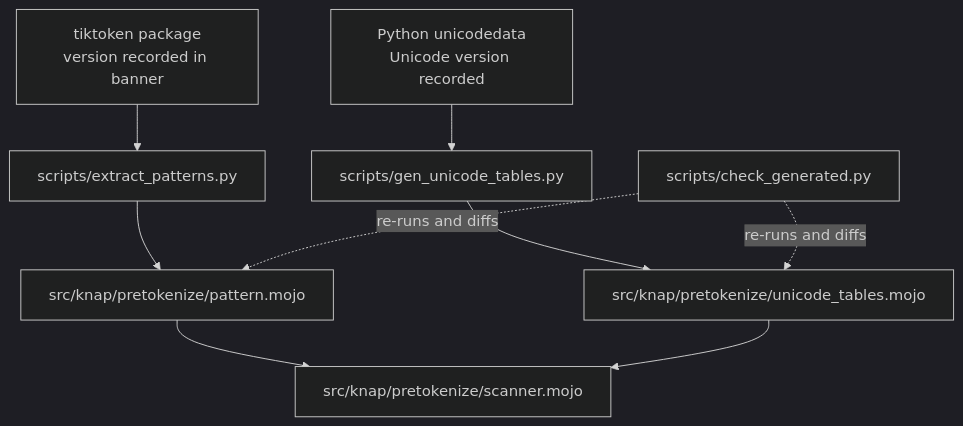
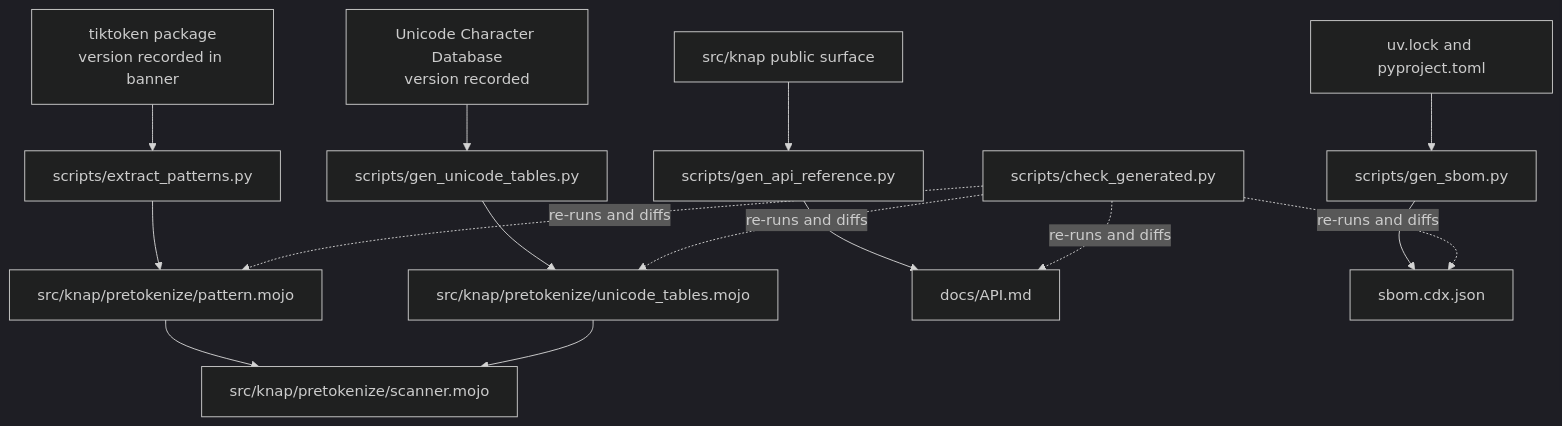
The third of 3 diagrams in docs/ARCHITECTURE.md (olaflaitinen/knap), drawn with Mermaid (dark theme) before and after one commit. The commit also changed other lines of this file and 22 other files, not shown here.

````diff
--- a/docs/ARCHITECTURE.md
+++ b/docs/ARCHITECTURE.md
@@ -487,11 +494,17 @@
 ```mermaid
 flowchart TD
     TT[tiktoken package<br/>version recorded in banner] --> EP[scripts/extract_patterns.py]
-    UD[Python unicodedata<br/>Unicode version recorded] --> GU[scripts/gen_unicode_tables.py]
+    UD[Unicode Character Database<br/>version recorded] --> GU[scripts/gen_unicode_tables.py]
+    SRC[src/knap public surface] --> GA[scripts/gen_api_reference.py]
+    LOCK[uv.lock and pyproject.toml] --> GS[scripts/gen_sbom.py]
     EP --> PAT[src/knap/pretokenize/pattern.mojo]
     GU --> UNI[src/knap/pretokenize/unicode_tables.mojo]
+    GA --> API[docs/API.md]
+    GS --> SBOM[sbom.cdx.json]
     PAT --> SC[src/knap/pretokenize/scanner.mojo]
     UNI --> SC
     CG[scripts/check_generated.py] -.re-runs and diffs.-> PAT
     CG -.re-runs and diffs.-> UNI
+    CG -.re-runs and diffs.-> API
+    CG -.re-runs and diffs.-> SBOM
 ```
````
